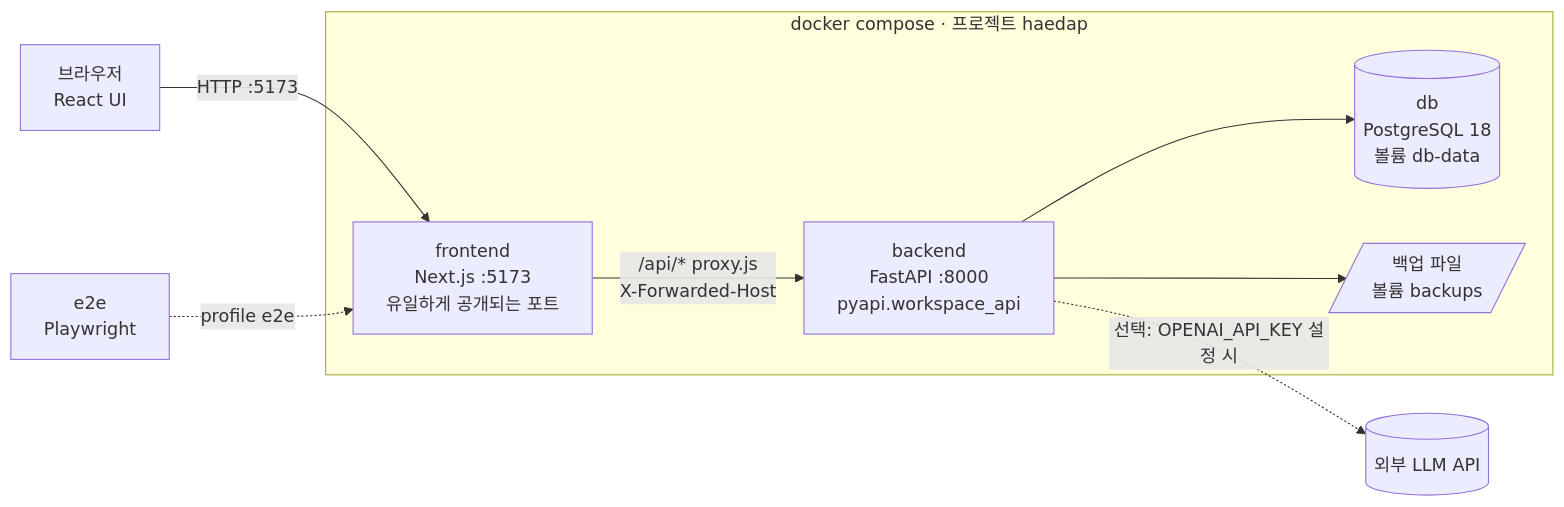
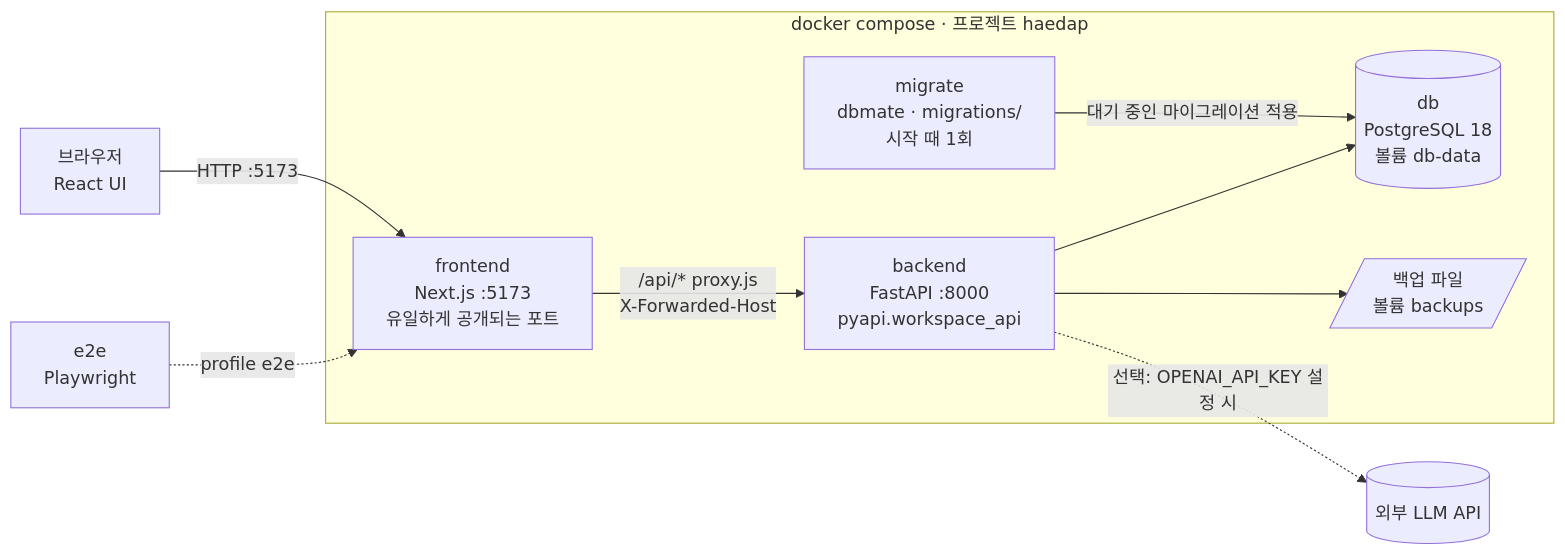
Before and after one commit to JongmuLee/sea-the-answer: the first of 3 diagrams in docs/architecture.md, drawn with Mermaid. The commit also changed other lines of this file and 9 other files, not shown here.

````diff
--- a/docs/architecture.md
+++ b/docs/architecture.md
@@ -12,15 +12,17 @@
 ```mermaid
 flowchart LR
   B[브라우저<br/>React UI] -->|HTTP :5173| N
   subgraph C[docker compose · 프로젝트 haedap]
     N[frontend<br/>Next.js :5173<br/>유일하게 공개되는 포트]
     G[backend<br/>FastAPI :8000<br/>pyapi.workspace_api]
     D[(db<br/>PostgreSQL 18<br/>볼륨 db-data)]
+    M[migrate<br/>dbmate · migrations/<br/>시작 때 1회]
     K[/백업 파일<br/>볼륨 backups/]
+    M -->|대기 중인 마이그레이션 적용| D
     N -->|/api/* proxy.js<br/>X-Forwarded-Host| G
     G --> D
     G --> K
   end
   G -. 선택: OPENAI_API_KEY 설정 시 .-> O[(외부 LLM API)]
   E[e2e<br/>Playwright] -. profile e2e .-> N
 ```
````
